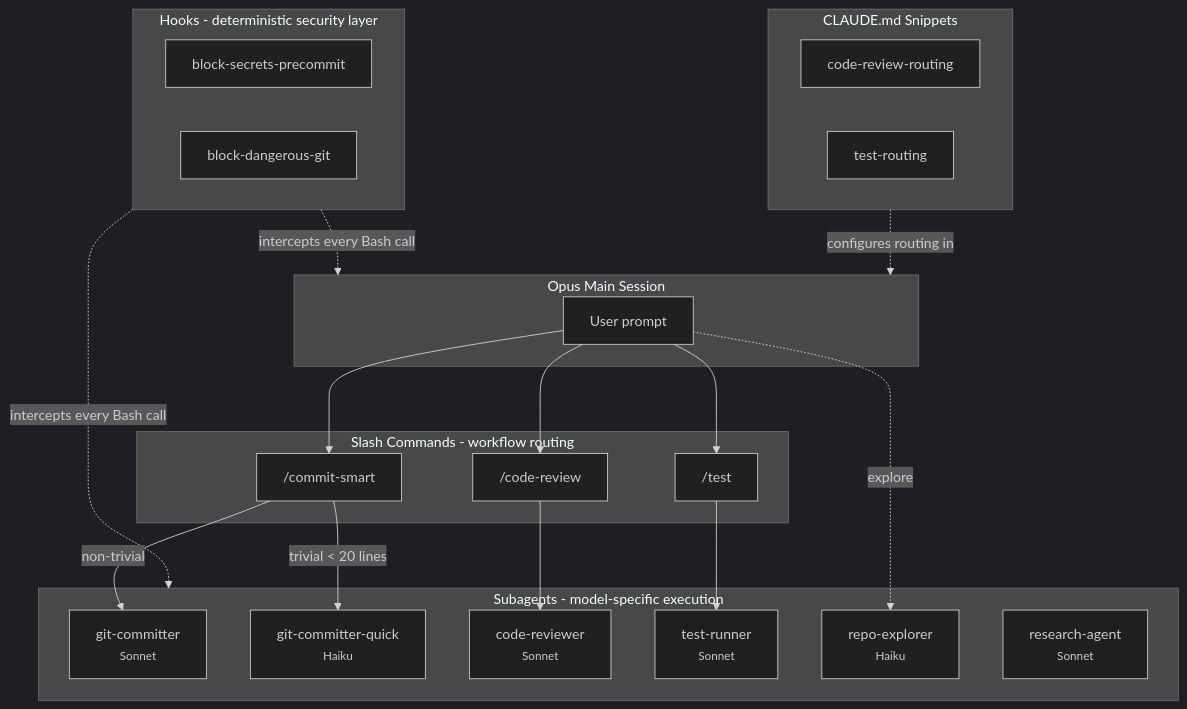
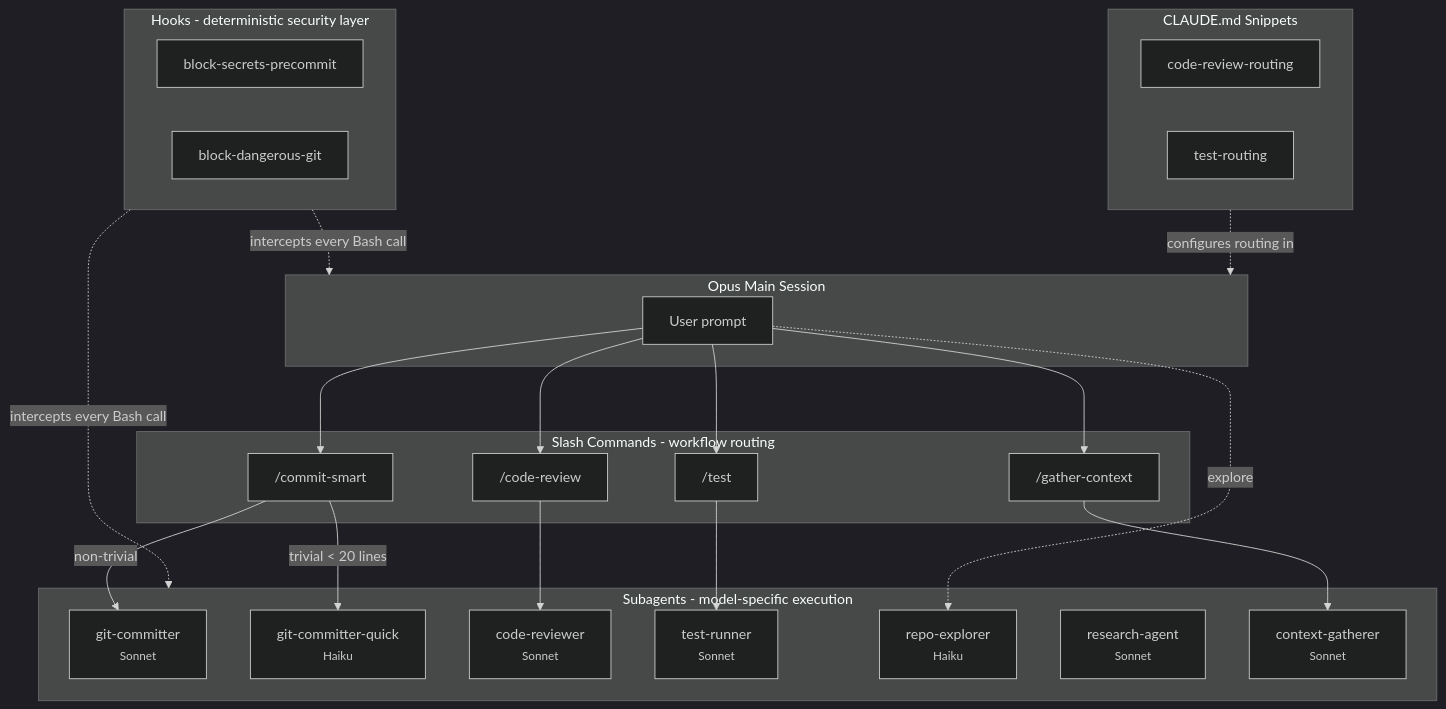
One commit to Filip-Podstavec/claude-leverage changed the diagram in README.md. Above: the diagram before and after it, drawn with Mermaid (dark theme). The commit also changed other lines of this file and 6 other files, not shown here.

First line of the commit message:
feat: add context-gatherer agent and /gather-context command

````diff
--- a/README.md
+++ b/README.md
@@ -28,42 +28,45 @@
 ```mermaid
 graph TB
     subgraph Main["Opus Main Session"]
         USER["User prompt"]
     end
 
     subgraph Commands["Slash Commands - workflow routing"]
         CS["/commit-smart"]
         CR["/code-review"]
         TT["/test"]
+        GCT["/gather-context"]
     end
 
     subgraph Agents["Subagents - model-specific execution"]
         GC["git-committer<br/><small>Sonnet</small>"]
         GCQ["git-committer-quick<br/><small>Haiku</small>"]
         CRA["code-reviewer<br/><small>Sonnet</small>"]
         TR["test-runner<br/><small>Sonnet</small>"]
         RX["repo-explorer<br/><small>Haiku</small>"]
         RA["research-agent<br/><small>Sonnet</small>"]
+        CG["context-gatherer<br/><small>Sonnet</small>"]
     end
 
     subgraph Hooks["Hooks - deterministic security layer"]
         BS["block-secrets-precommit"]
         BD["block-dangerous-git"]
     end
 
     subgraph Snippets["CLAUDE.md Snippets"]
         CRR["code-review-routing"]
         TRR["test-routing"]
     end
 
-    USER --> CS & CR & TT
+    USER --> CS & CR & TT & GCT
     USER -.->|"explore"| RX
     CS -->|"non-trivial"| GC
     CS -->|"trivial < 20 lines"| GCQ
     CR --> CRA
     TT --> TR
+    GCT --> CG
 
     Hooks -.->|"intercepts every Bash call"| Main
     Hooks -.->|"intercepts every Bash call"| Agents
     Snippets -.->|"configures routing in"| Main
 ```
````
